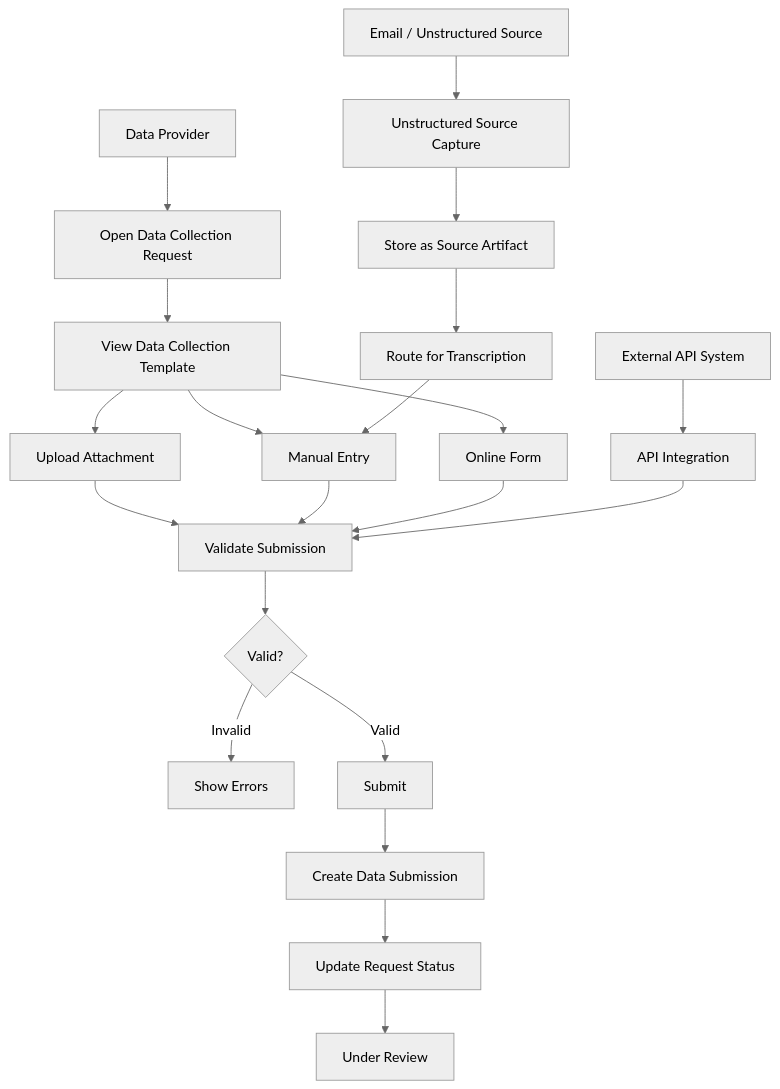
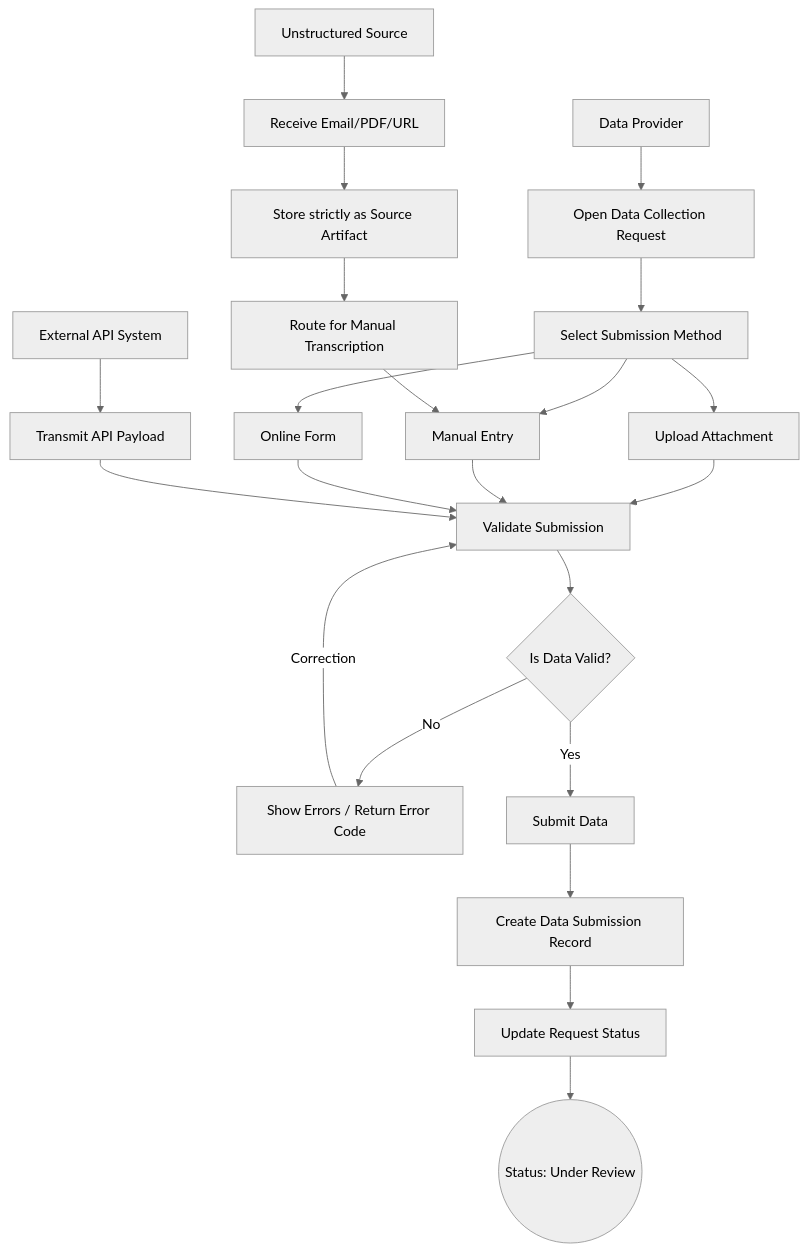
Before and after one commit to anuragprajapatiotsi/FRS-Markdown-file: the fourth of 10 diagrams in Data Collection.md, drawn with Mermaid (neutral theme). The commit also changed other lines of this file and 1 other file, not shown here.

Commit message:
added points regarding data collection through api and through unstructured data

````diff
--- a/Data Collection.md
+++ b/Data Collection.md
@@ -301,26 +307,35 @@
 ```mermaid
 flowchart TD
+    %% Initiation Triggers
     A[Data Provider] --> B[Open Data Collection Request]
-    B --> C[View Data Collection Template]
+    A2[External API System] --> D2[Transmit API Payload]
+    A3[Unstructured Source] --> D3[Receive Email/PDF/URL]
+
+    %% Data Provider Flow
+    B --> C[Select Submission Method]
     C --> D[Upload Attachment]
     C --> E[Manual Entry]
     C --> F[Online Form]
     
-    A2[External API System] --> D2[API Integration]
-    A3[Email / Unstructured Source] --> D3[Unstructured Source Capture]
+    %% Unstructured Capture Flow
+    D3 --> D3_a[Store strictly as Source Artifact]
+    D3_a --> D3_b[Route for Manual Transcription]
+    D3_b --> E
     
+    %% Convergence to Validation
     D --> G[Validate Submission]
     E --> G
     F --> G
     D2 --> G
     
-    D3 --> D3_a[Store as Source Artifact]
-    D3_a --> D3_b[Route for Transcription]
-    D3_b --> E
-    G --> H{Valid?}
-    H -->|Invalid| I[Show Errors]
-    H -->|Valid| J[Submit]
-    J --> K[Create Data Submission]
+    %% Validation & Correction Loop
+    G --> H{Is Data Valid?}
+    H -->|No| I[Show Errors / Return Error Code]
+    I -->|Correction| G
+    
+    %% Final Submission
+    H -->|Yes| J[Submit Data]
+    J --> K[Create Data Submission Record]
     K --> L[Update Request Status]
-    L --> M[Under Review]
+    L --> M((Status: Under Review))
 ```
````
